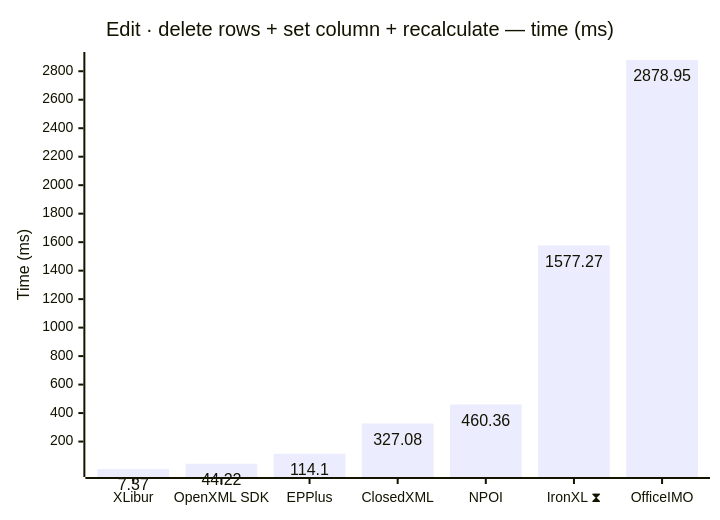
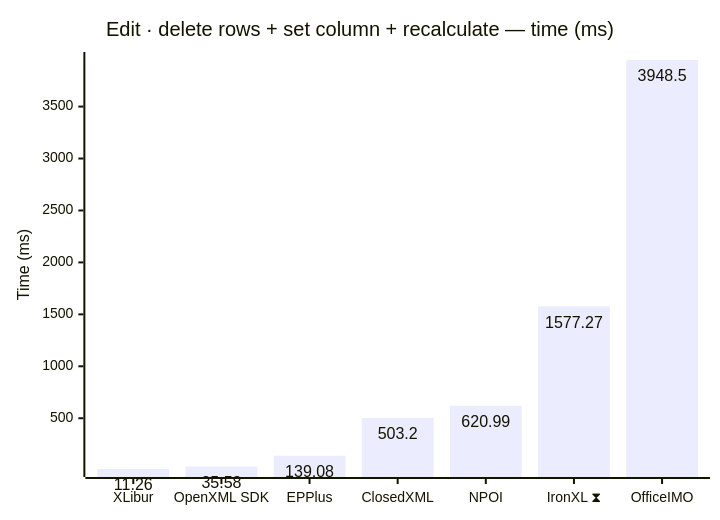
Diagram 11 of 18 in docs/results-ci.md (jafin/XLBench), drawn with Mermaid before and after one commit. The commit also changed other lines of this file, not shown here.

````diff
--- a/docs/results-ci.md
+++ b/docs/results-ci.md
@@ -173,12 +173,12 @@
 ```mermaid
 ---
 config:
   xyChart:
     showDataLabel: true
 ---
 xychart-beta
     title "Edit · delete rows + set column + recalculate — time (ms)"
     x-axis ["XLibur", "OpenXML SDK", "EPPlus", "ClosedXML", "NPOI", "IronXL ⧗", "OfficeIMO"]
     y-axis "Time (ms)"
-    bar [7.37, 44.22, 114.1, 327.08, 460.36, 1577.27, 2878.95]
+    bar [11.26, 35.58, 139.08, 503.2, 620.99, 1577.27, 3948.5]
 ```
````
